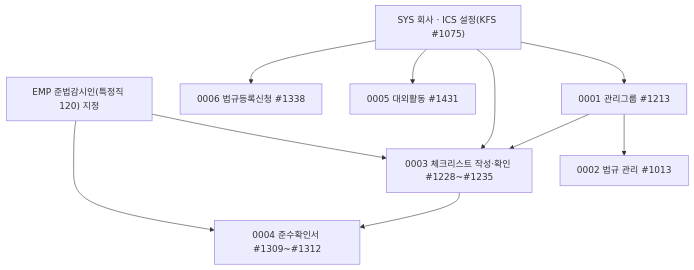
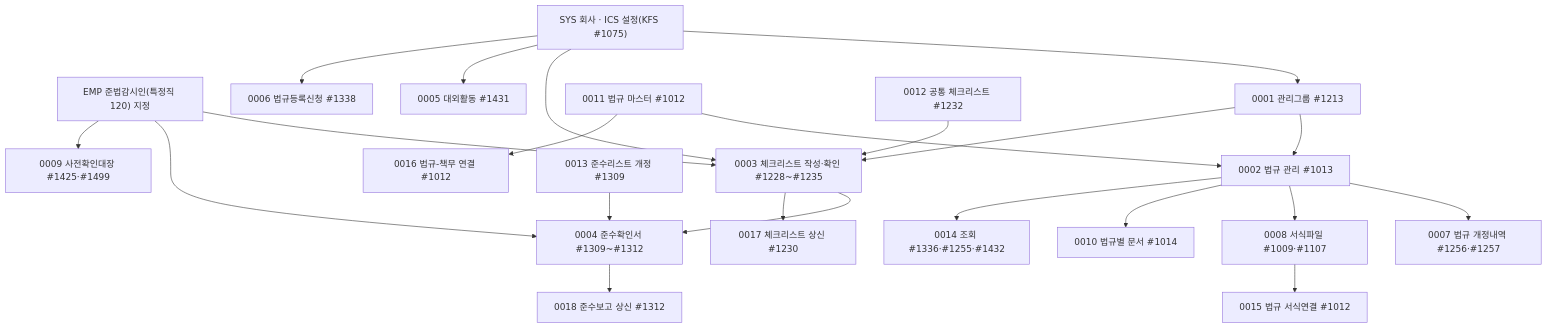
The diagram in AssetERP/docs/2-업무분석/biz-event/ICS/ICS-업무흐름.md (KimDoYoung/framework-sprt), drawn with Mermaid before and after one commit. The commit also changed other lines of this file and 15 other files, not shown here.

````diff
--- a/AssetERP/docs/2-업무분석/biz-event/ICS/ICS-업무흐름.md
+++ b/AssetERP/docs/2-업무분석/biz-event/ICS/ICS-업무흐름.md
@@ -5,19 +5,43 @@
 ```mermaid
 flowchart TD
     SYS["SYS 회사 · ICS 설정(KFS #1075)"]
     EMP["EMP 준법감시인(특정직 120) 지정"]
     I1["0001 관리그룹 #1213"]
     I2["0002 법규 관리 #1013"]
     I3["0003 체크리스트 작성·확인 #1228~#1235"]
     I4["0004 준수확인서 #1309~#1312"]
     I5["0005 대외활동 #1431"]
     I6["0006 법규등록신청 #1338"]
+    I7["0007 법규 개정내역 #1256·#1257"]
+    I8["0008 서식파일 #1009·#1107"]
+    I9["0009 사전확인대장 #1425·#1499"]
+    I10["0010 법규별 문서 #1014"]
+    I11["0011 법규 마스터 #1012"]
+    I12["0012 공통 체크리스트 #1232"]
+    I13["0013 준수리스트 개정 #1309"]
+    I14["0014 조회 #1336·#1255·#1432"]
+    I15["0015 법규 서식연결 #1012"]
+    I16["0016 법규-책무 연결 #1012"]
+    I17["0017 체크리스트 상신 #1230"]
+    I18["0018 준수보고 상신 #1312"]
     SYS --> I1 --> I2
     SYS --> I3
     EMP --> I3
     EMP --> I4
     I1 --> I3
     I3 --> I4
     SYS --> I5
     SYS --> I6
+    I2 --> I7
+    I2 --> I8
+    EMP --> I9
+    I2 --> I10
+    I11 --> I2
+    I12 --> I3
+    I13 --> I4
+    I2 --> I14
+    I8 --> I15
+    I11 --> I16
+    I3 --> I17
+    I4 --> I18
 ```
````
